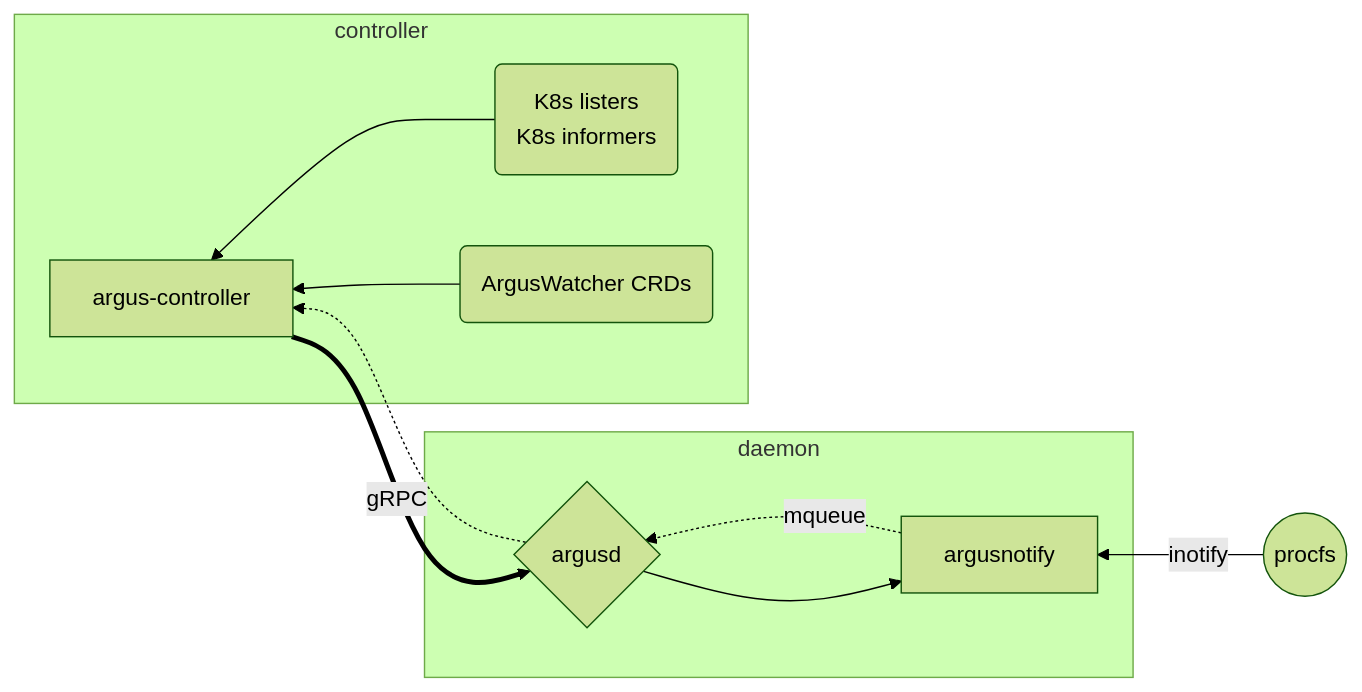
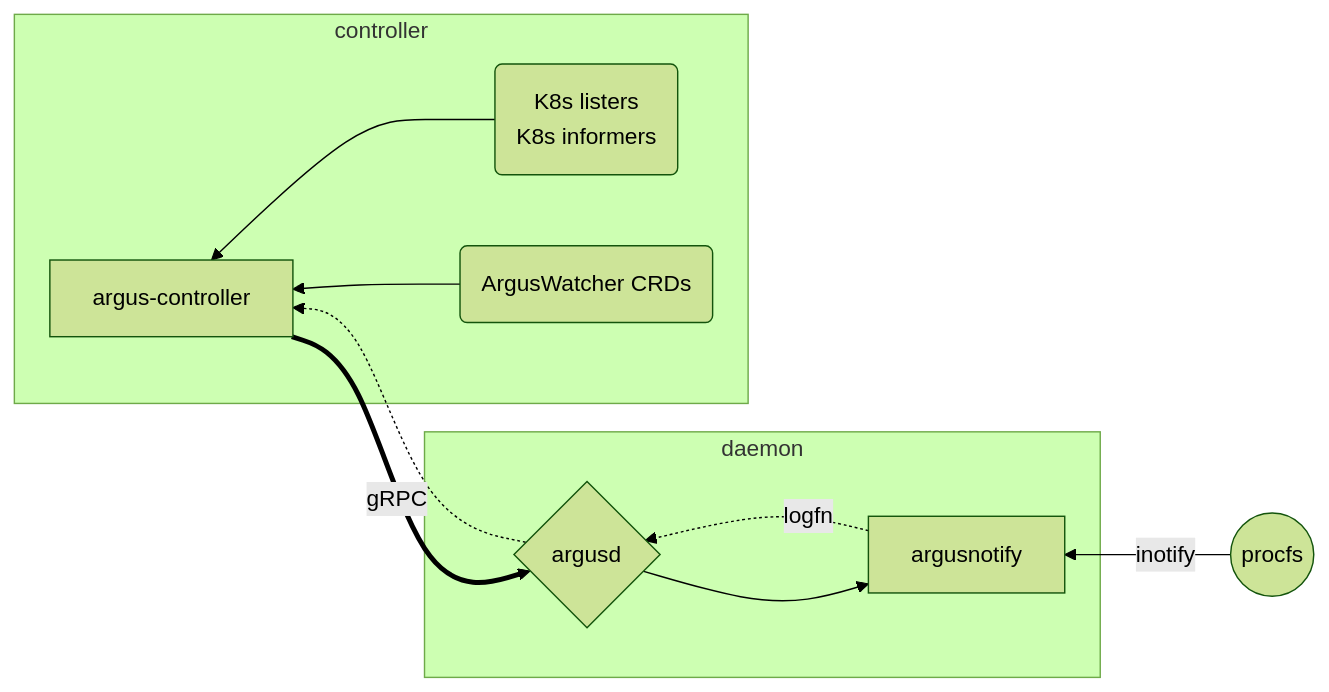
One commit to clustergarage/argus changed the first of 2 diagrams in jekyll/_docs/overview.md. Above: the diagram before and after it, drawn with Mermaid (forest theme). The commit also changed 6 other files, not shown here.

Commit message:
update mqueue with logfn in overview architecture

```diff
--- a/jekyll/_docs/overview.md
+++ b/jekyll/_docs/overview.md
@@ -30,14 +30,14 @@
 {% mermaid %}
 graph RL
     A((procfs)) -->|inotify| B[argusnotify]
     subgraph daemon
     C{argusd} --> B
-    B .->|mqueue| C
+    B .->|logfn| C
     end
     D[argus-controller] ==>|gRPC| C
     C .-> D
     subgraph controller
     E(K8s listers<br />K8s informers) --> D
     F(ArgusWatcher CRDs) --> D
     end
 {% endmermaid %}
```
